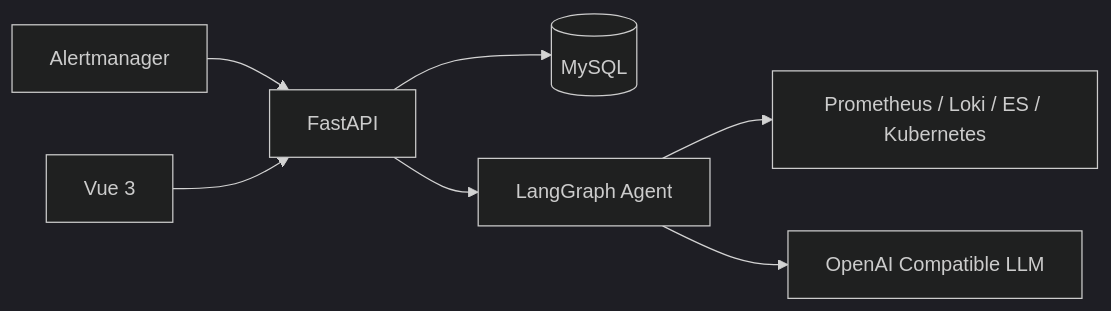
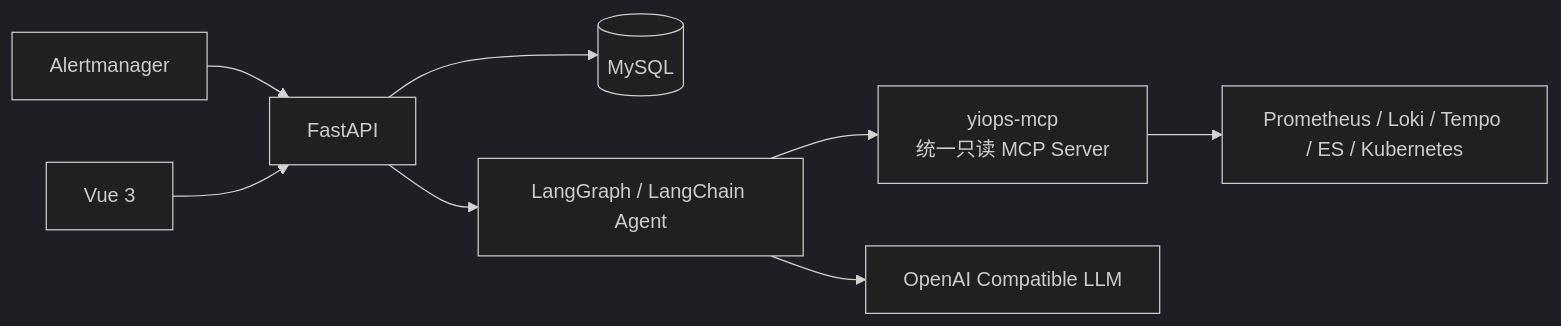
Before and after one commit to timmy1688/YiOps: the diagram in README.md, drawn with Mermaid (dark theme). The commit also changed other lines of this file and 67 other files, not shown here.

Commit message:
feat: unify MCP data access and agent workflows

````diff
--- a/README.md
+++ b/README.md
@@ -44,9 +47,10 @@
 ```mermaid
 flowchart LR
     AM[Alertmanager] --> API[FastAPI]
     UI[Vue 3] --> API
     API --> DB[(MySQL)]
-    API --> AGENT[LangGraph Agent]
-    AGENT --> DATA[Prometheus / Loki / ES / Kubernetes]
+    API --> AGENT[LangGraph / LangChain Agent]
+    AGENT --> MCP[yiops-mcp<br/>统一只读 MCP Server]
+    MCP --> DATA[Prometheus / Loki / Tempo / ES / Kubernetes]
     AGENT --> LLM[OpenAI Compatible LLM]
 ```
````
